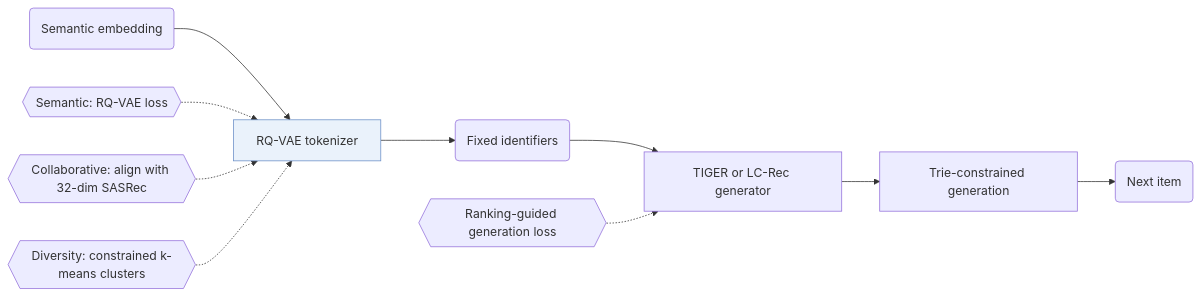
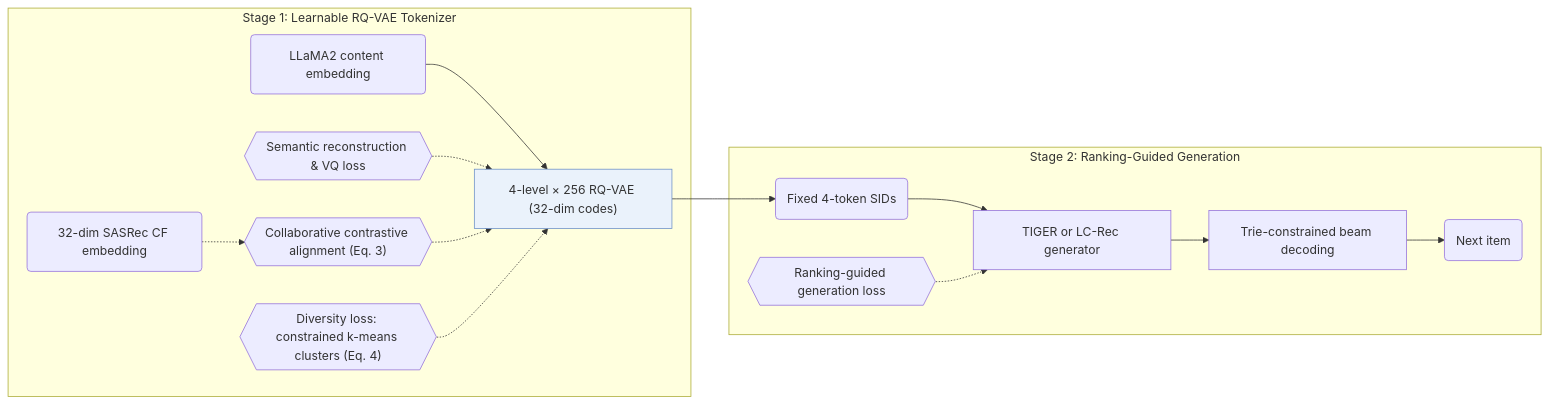
The diagram in notes/letter.md (Galaxy-ghost/Awesome-SID-Generative-Rec), drawn with Mermaid before and after one commit. The commit also changed other lines of this file and 649 other files, not shown here.

Commit message:
writer-05: also tags and modality index (schema, check, build, visuals); summary field removed; calibration data for 12 papers

````diff
--- a/notes/letter.md
+++ b/notes/letter.md
@@ -14,13 +14,18 @@
 ```mermaid
 flowchart LR
-    A("Semantic embedding") --> B["RQ-VAE tokenizer"]:::key
-    L1{{"Semantic: RQ-VAE loss"}} -.-> B
-    L2{{"Collaborative: align with 32-dim SASRec"}} -.-> B
-    L3{{"Diversity: constrained k-means clusters"}} -.-> B
-    B --> C("Fixed identifiers")
-    C --> D["TIGER or LC-Rec generator"]
-    L4{{"Ranking-guided generation loss"}} -.-> D
-    D --> E["Trie-constrained generation"]
-    E --> F("Next item")
+    subgraph S1["Stage 1: Learnable RQ-VAE Tokenizer"]
+        A("LLaMA2 content embedding") --> B["4-level × 256 RQ-VAE (32-dim codes)"]:::key
+        CF("32-dim SASRec CF embedding") -.-> L2{{"Collaborative contrastive alignment (Eq. 3)"}}
+        L1{{"Semantic reconstruction & VQ loss"}} -.-> B
+        L2 -.-> B
+        L3{{"Diversity loss: constrained k-means clusters (Eq. 4)"}} -.-> B
+    end
+    B --> C("Fixed 4-token SIDs")
+    subgraph S2["Stage 2: Ranking-Guided Generation"]
+        C --> D["TIGER or LC-Rec generator"]
+        L4{{"Ranking-guided generation loss"}} -.-> D
+        D --> E["Trie-constrained beam decoding"]
+        E --> F("Next item")
+    end
     classDef key fill:#eaf2fb,stroke:#6b8fc7
 ```
````
